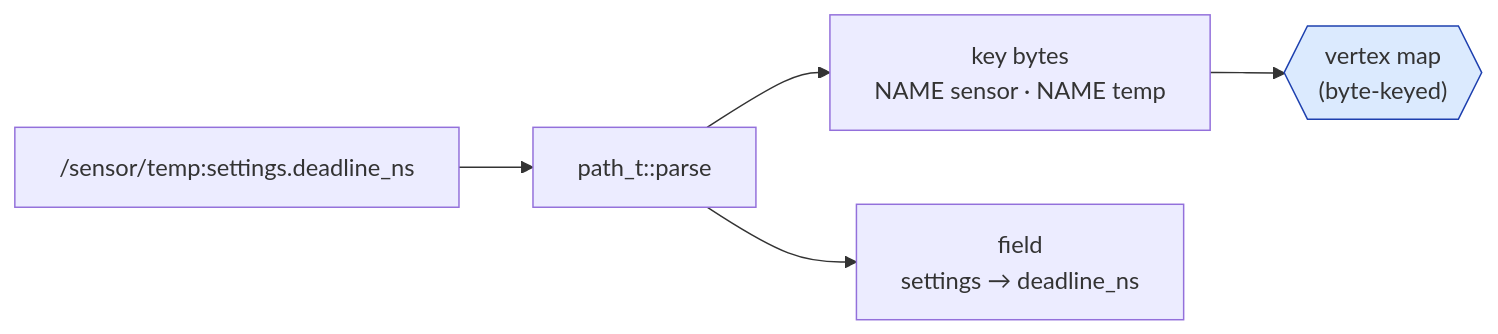
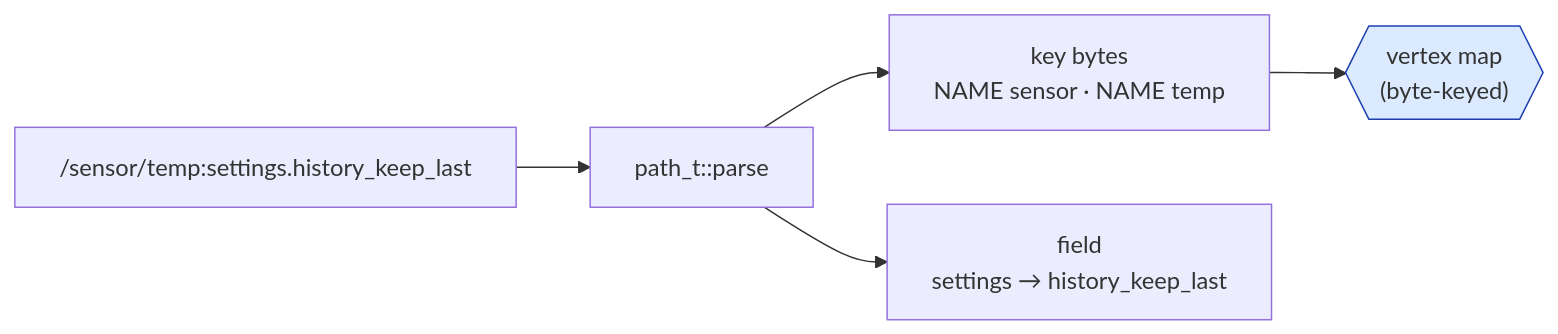
One commit to avatarsd-llc/libtracer changed the diagram in docs/modules/path.md. Above: the diagram before and after it, drawn with Mermaid. The commit also changed other lines of this file and 32 other files, not shown here.

````diff
--- a/docs/modules/path.md
+++ b/docs/modules/path.md
@@ -47,9 +47,9 @@
 ```{mermaid}
 flowchart LR
-    S["/sensor/temp:settings.deadline_ns"] --> P[path_t::parse]
+    S["/sensor/temp:settings.history_keep_last"] --> P[path_t::parse]
     P --> K["key bytes<br/>NAME sensor · NAME temp"]
-    P --> F["field<br/>settings → deadline_ns"]
+    P --> F["field<br/>settings → history_keep_last"]
     K --> M{{"vertex map<br/>(byte-keyed)"}}
     classDef e fill:#dbeafe,stroke:#1e40af
     class M e
 ```
````
